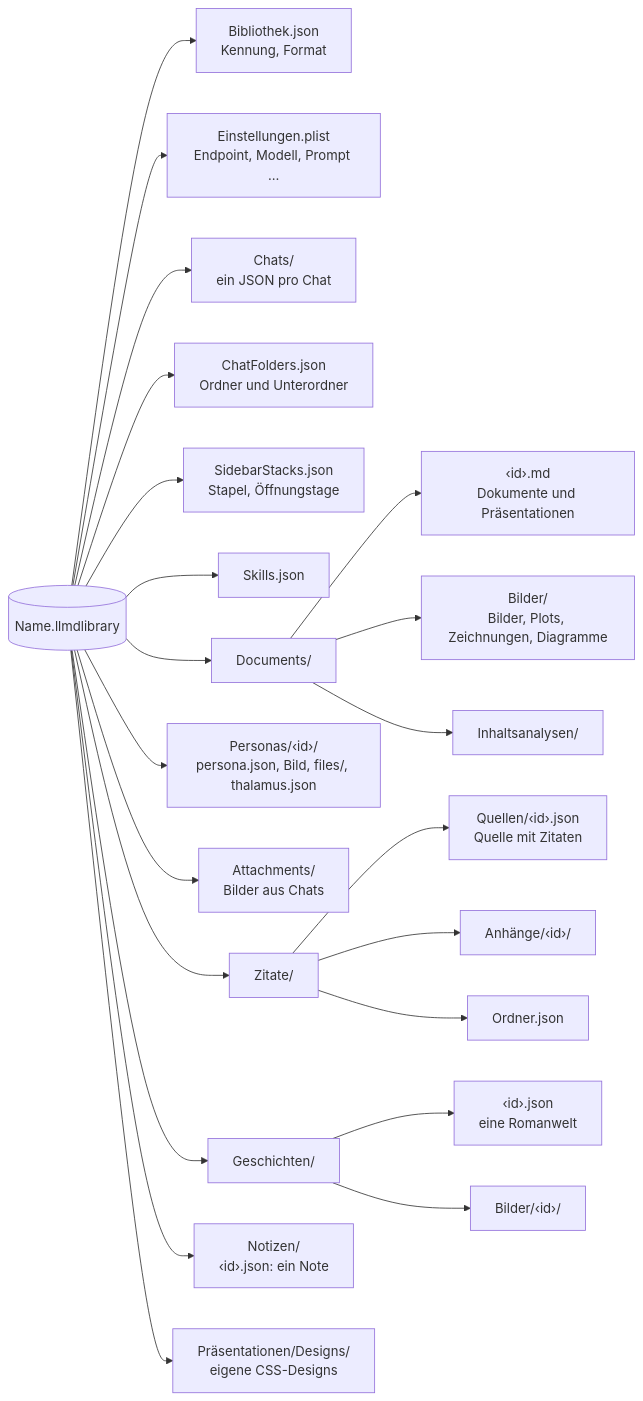
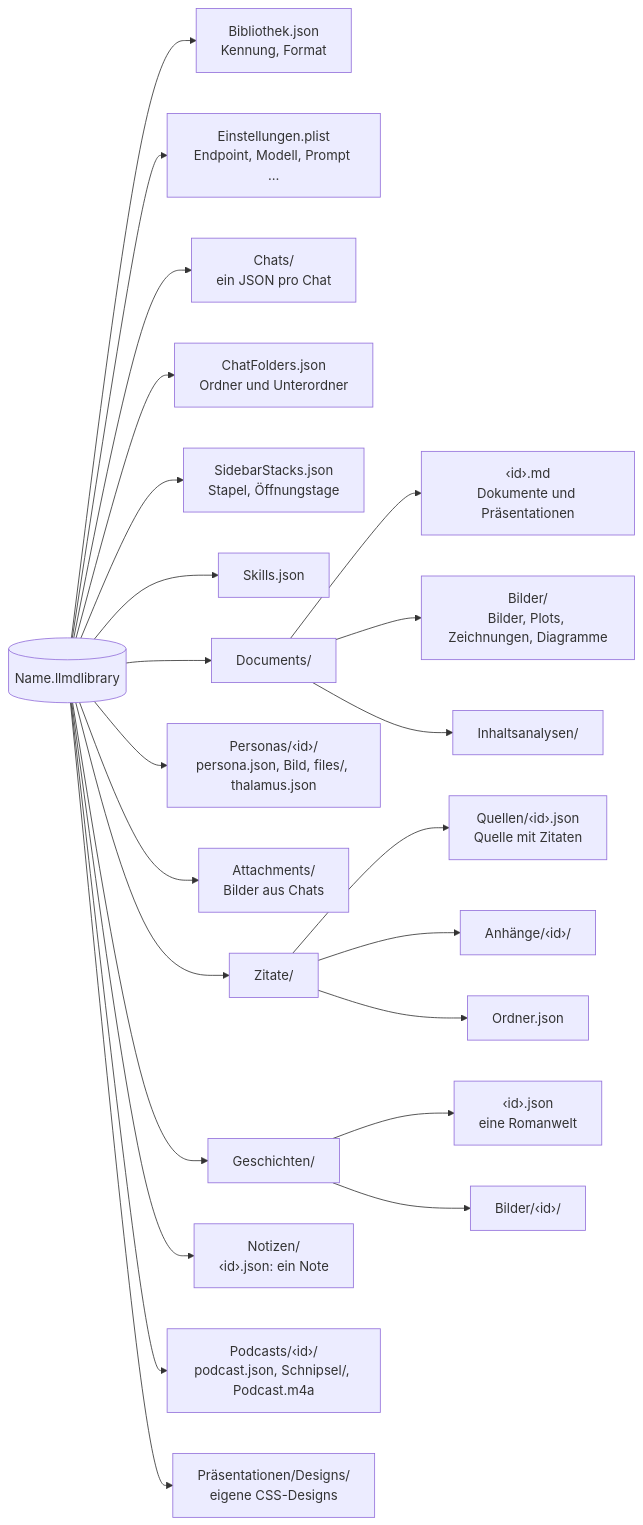
One commit to AlexEhrenberger/LLMDesigner changed the diagram in docs/speicherformate.md. Above: the diagram before and after it, drawn with Mermaid. The commit also changed other lines of this file and 40 other files, not shown here.

First line of the commit message:
PodcastStudio: Podcasts recherchieren, schreiben und mit Qwen TTS vertonen

````diff
--- a/docs/speicherformate.md
+++ b/docs/speicherformate.md
@@ -14,24 +14,25 @@
 ```mermaid
 flowchart LR
     L[("Name.llmdlibrary")] --> B["Bibliothek.json<br/>Kennung, Format"]
     L --> E["Einstellungen.plist<br/>Endpoint, Modell, Prompt …"]
     L --> CH["Chats/<br/>ein JSON pro Chat"]
     L --> CF["ChatFolders.json<br/>Ordner und Unterordner"]
     L --> ST["SidebarStacks.json<br/>Stapel, Öffnungstage"]
     L --> SK["Skills.json"]
     L --> D["Documents/"]
     D --> DM["‹id›.md<br/>Dokumente und Präsentationen"]
     D --> BI["Bilder/<br/>Bilder, Plots, Zeichnungen, Diagramme"]
     D --> IA["Inhaltsanalysen/"]
     L --> PE["Personas/‹id›/<br/>persona.json, Bild, files/, thalamus.json"]
     L --> AT["Attachments/<br/>Bilder aus Chats"]
     L --> Z["Zitate/"]
     Z --> ZQ["Quellen/‹id›.json<br/>Quelle mit Zitaten"]
     Z --> ZA["Anhänge/‹id›/"]
     Z --> ZO["Ordner.json"]
     L --> G["Geschichten/"]
     G --> GW["‹id›.json<br/>eine Romanwelt"]
     G --> GB["Bilder/‹id›/"]
     L --> N["Notizen/<br/>‹id›.json: ein Note"]
+    L --> PO["Podcasts/‹id›/<br/>podcast.json, Schnipsel/, Podcast.m4a"]
     L --> PD["Präsentationen/Designs/<br/>eigene CSS-Designs"]
 ```
````
